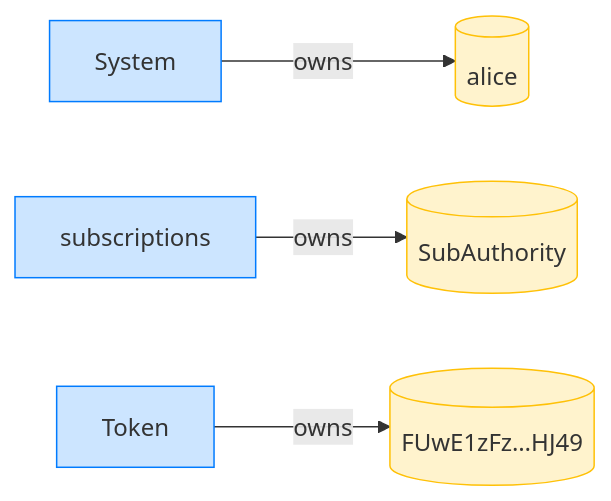
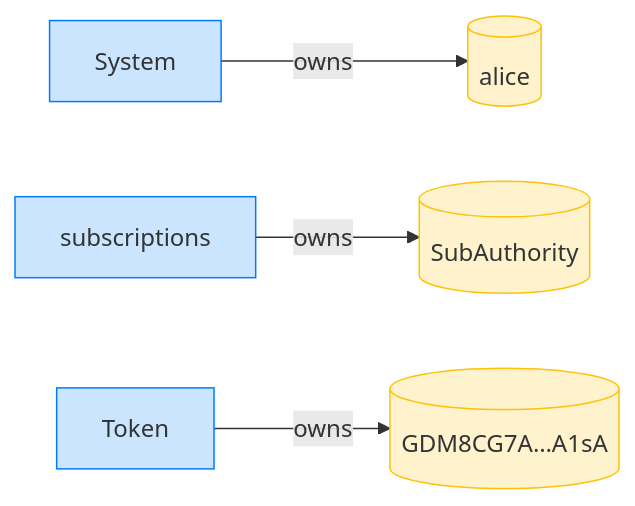
Before and after one commit to cds-rs/subscriptions: the fourth of 4 diagrams in dsl_tests/reject-a-delegation-at-the-wrong-pda.md, drawn with Mermaid. The commit also changed other lines of this file and 224 other files, not shown here.

````diff
--- a/dsl_tests/reject-a-delegation-at-the-wrong-pda.md
+++ b/dsl_tests/reject-a-delegation-at-the-wrong-pda.md
@@ -71,14 +76,14 @@
 ```mermaid
 flowchart LR
     classDef owner fill:#cce5ff,stroke:#007bff;
     classDef account fill:#fff3cd,stroke:#ffc107;
     System[System]:::owner
     alice[(alice)]:::account
     subscriptions[subscriptions]:::owner
     SubAuthority[(SubAuthority)]:::account
     Token[Token]:::owner
-    FUwE1zFz_HJ49[("FUwE1zFz…HJ49")]:::account
+    GDM8CG7A_A1sA[("GDM8CG7A…A1sA")]:::account
     System -->|owns| alice
     subscriptions -->|owns| SubAuthority
-    Token -->|owns| FUwE1zFz_HJ49
+    Token -->|owns| GDM8CG7A_A1sA
 ```
````
